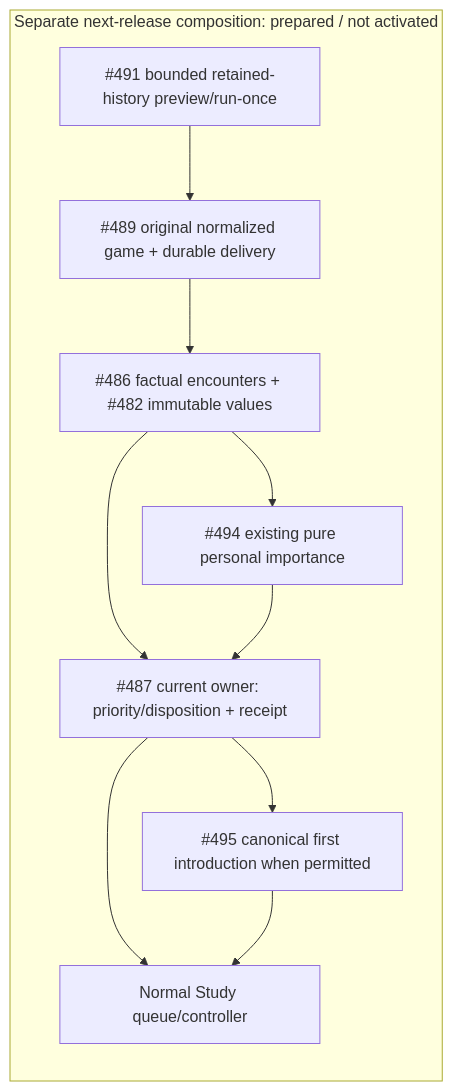
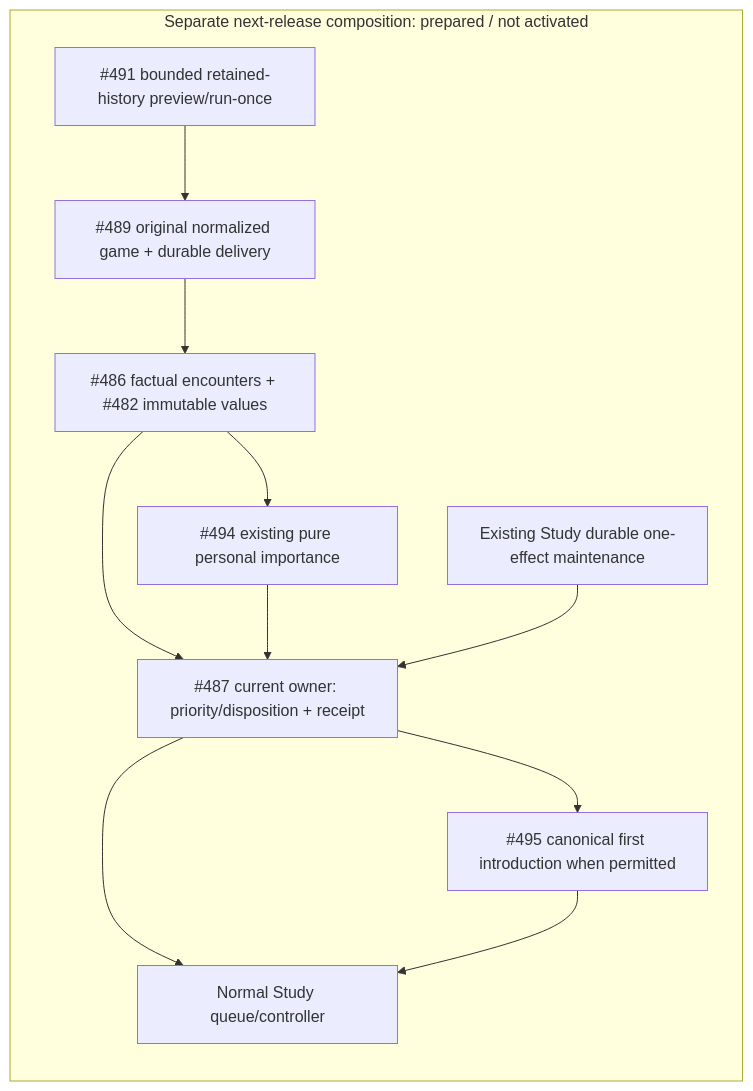
Before and after one commit to aaweaver-actuary/tempo: the diagram in backend/app/product_composition/encounters/README.md, drawn with Mermaid. The commit also changed other lines of this file, not shown here.

Commit message:
docs: record bounded maintenance proof and exact pending hooks

````diff
--- a/backend/app/product_composition/encounters/README.md
+++ b/backend/app/product_composition/encounters/README.md
@@ -30,13 +30,14 @@
 ```mermaid
 flowchart LR
   subgraph pending["Separate next-release composition: prepared / not activated"]
     History["#491 bounded retained-history preview/run-once"] --> Workflow["#489 original normalized game + durable delivery"]
     Workflow --> Facts["#486 factual encounters + #482 immutable values"]
     Facts --> Importance["#494 existing pure personal importance"]
     Facts --> Study["#487 current owner: priority/disposition + receipt"]
     Importance --> Study
     Study --> Introduction["#495 canonical first introduction when permitted"]
     Study --> Queue["Normal Study queue/controller"]
     Introduction --> Queue
+    Maintenance["Existing Study durable one-effect maintenance"] --> Study
   end
 ```
````
